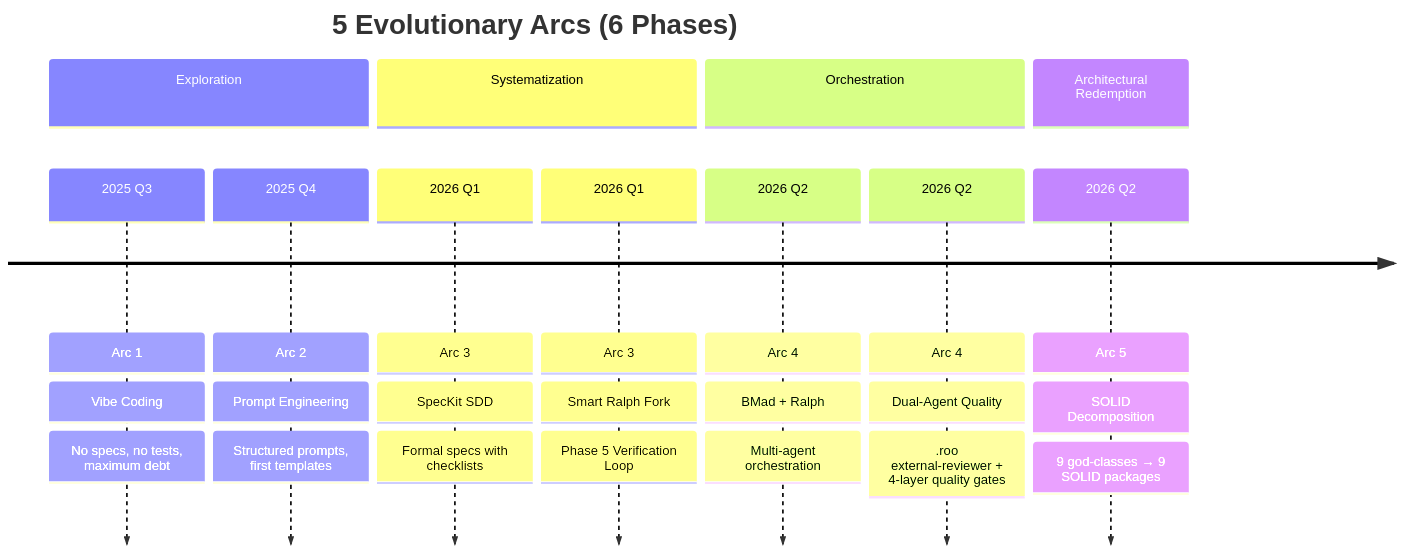
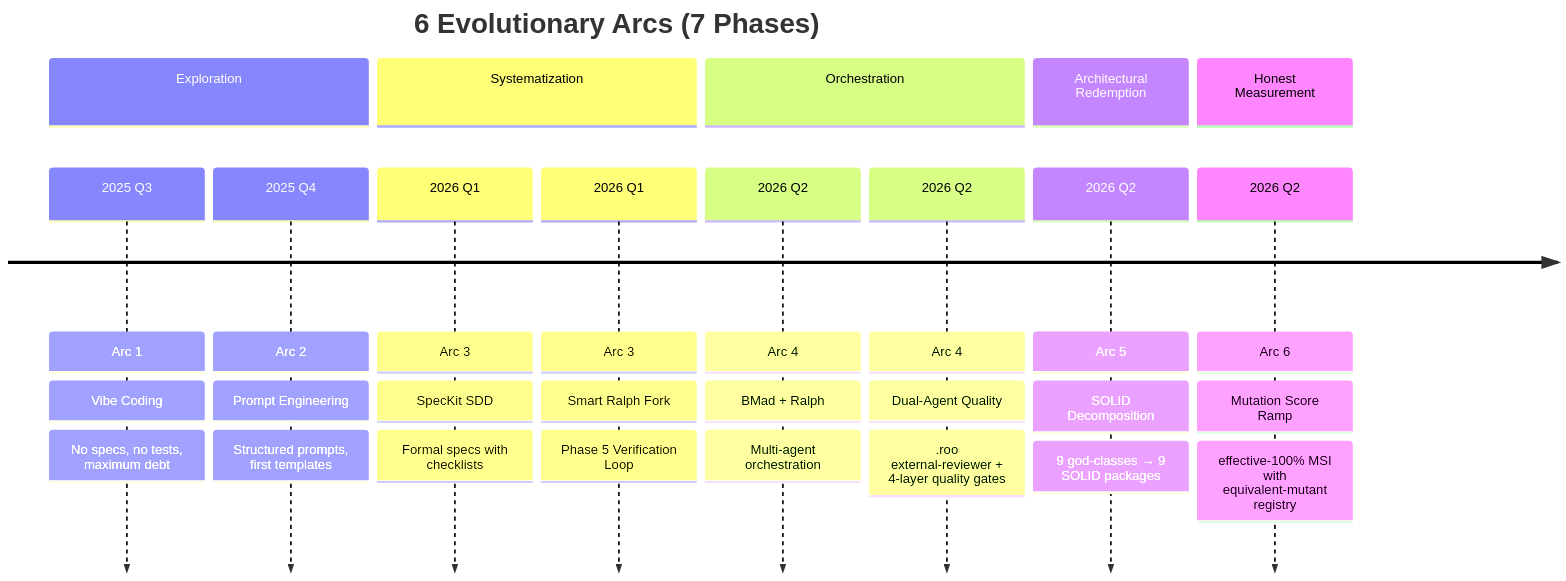
The first of 2 diagrams in _ai/PORTFOLIO.md (informatico-madrid/ha-ev-trip-planner), drawn with Mermaid before and after one commit. The commit also changed other lines of this file and 17 other files, not shown here.

First line of the commit message:
chore(mutation-score-ramp): Phase 5.4 honest triage — 3 modules completed

````diff
--- a/_ai/PORTFOLIO.md
+++ b/_ai/PORTFOLIO.md
@@ -83,15 +83,17 @@
 ```mermaid
 timeline
-    title 5 Evolutionary Arcs (6 Phases)
+    title 6 Evolutionary Arcs (7 Phases)
     section Exploration
         2025 Q3 : Arc 1: Vibe Coding : No specs, no tests, maximum debt
         2025 Q4 : Arc 2: Prompt Engineering : Structured prompts, first templates
     section Systematization
         2026 Q1 : Arc 3: SpecKit SDD : Formal specs with checklists
         2026 Q1 : Arc 3: Smart Ralph Fork : Phase 5 Verification Loop
     section Orchestration
         2026 Q2 : Arc 4: BMad + Ralph : Multi-agent orchestration
         2026 Q2 : Arc 4: Dual-Agent Quality : .roo external-reviewer + 4-layer quality gates
     section Architectural Redemption
         2026 Q2 : Arc 5: SOLID Decomposition : 9 god-classes → 9 SOLID packages
+    section Honest Measurement
+        2026 Q2 : Arc 6: Mutation Score Ramp : effective-100% MSI with equivalent-mutant registry
 ```
````
